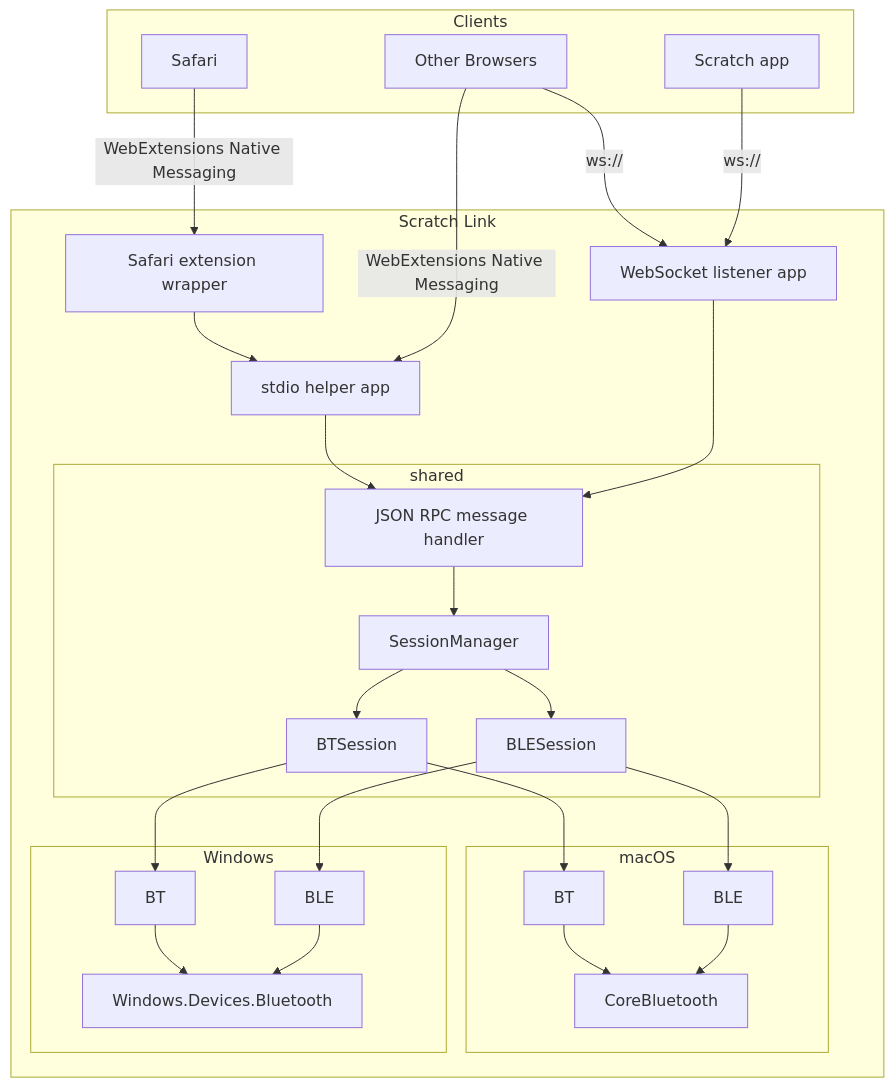
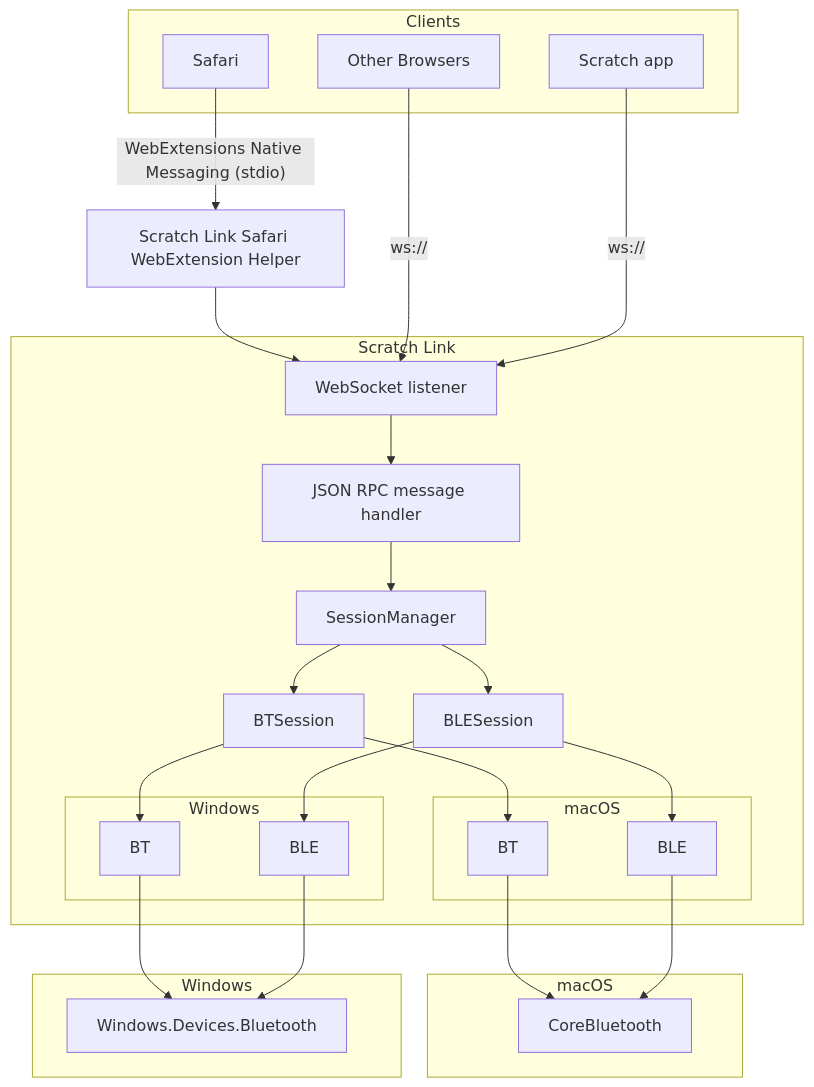
Before and after one commit to scratchfoundation/scratch-link: the first of 2 diagrams in Documentation/Architecture.md, drawn with Mermaid. The commit also changed other lines of this file, not shown here.

Commit message:
update architecture to avoid stdio with MAUI

````diff
--- a/Documentation/Architecture.md
+++ b/Documentation/Architecture.md
@@ -49,47 +55,47 @@
 ```mermaid
 graph TD;
 subgraph Clients
     Safari
     Browsers["Other Browsers"]
     App["Scratch app"]
 end
+SafariHelper["Scratch Link Safari WebExtension Helper"]
 subgraph "Scratch Link"
-    WebSocket["WebSocket listener app"]
-    stdio["stdio helper app"]
-    SafariHelper["Safari extension wrapper"]
-    subgraph "shared"
-        RPC["JSON RPC message handler"]
-        SessionManager
-        BTSession
-        BLESession
-    end
-    subgraph "macOS"
+    WebSocket["WebSocket listener"]
+    RPC["JSON RPC message handler"]
+    SessionManager
+    BTSession
+    BLESession
+    subgraph " macOS "
         MacBT["BT"]
         MacBLE["BLE"]
-        CoreBluetooth
     end
-    subgraph "Windows"
+    subgraph " Windows "
         WinBT["BT"]
         WinBLE["BLE"]
-        Windows.Devices.Bluetooth
     end
 end
+subgraph "macOS"
+    CoreBluetooth
+end
+subgraph "Windows"
+    Windows.Devices.Bluetooth
+end
 
-Safari -- WebExtensions Native Messaging --> SafariHelper --> stdio
-Browsers -- WebExtensions Native Messaging --> stdio
-Browsers -- ws:// --> WebSocket
-App -- ws:// --> WebSocket
-stdio --> RPC
+Safari -- "WebExtensions Native Messaging (stdio)" --> SafariHelper
+SafariHelper --> WebSocket
+Browsers -- "ws://" --> WebSocket
+App -- "ws://" --> WebSocket
 WebSocket --> RPC
 RPC --> SessionManager
 SessionManager --> BTSession
 SessionManager --> BLESession
 BTSession --> MacBT
 BLESession --> MacBLE
 BTSession --> WinBT
 BLESession --> WinBLE
 MacBT --> CoreBluetooth
 MacBLE --> CoreBluetooth
 WinBT --> Windows.Devices.Bluetooth
 WinBLE --> Windows.Devices.Bluetooth
 ```
````
